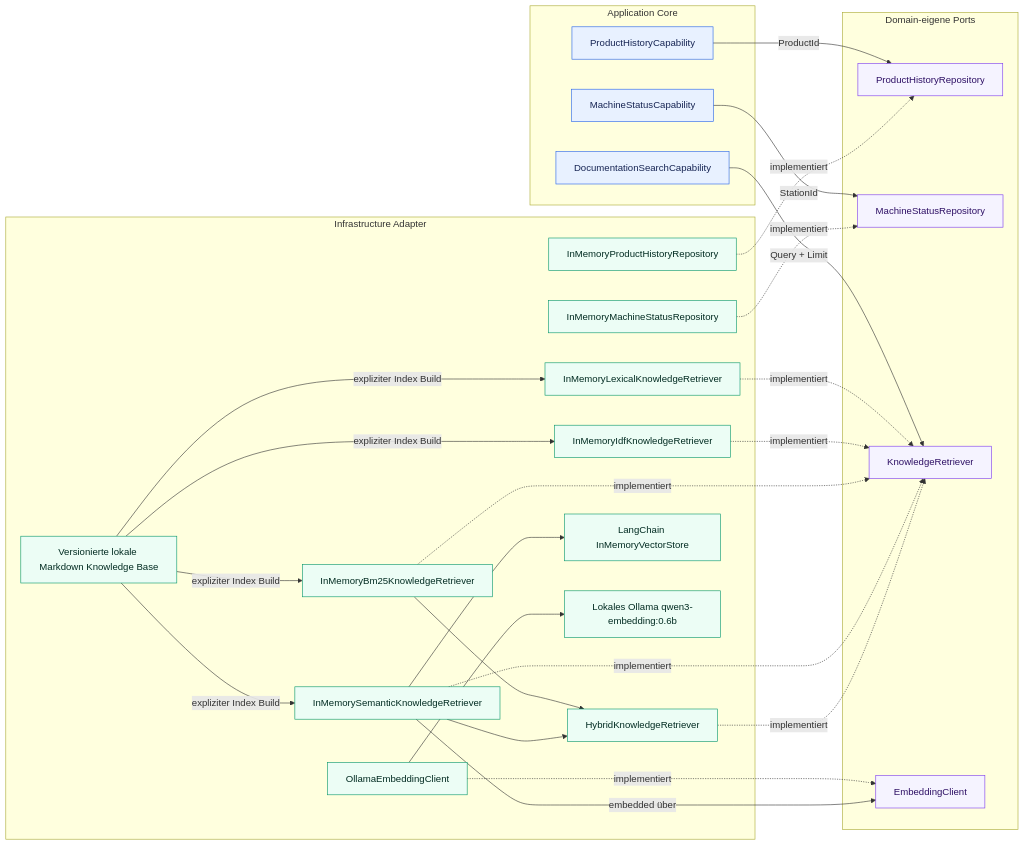
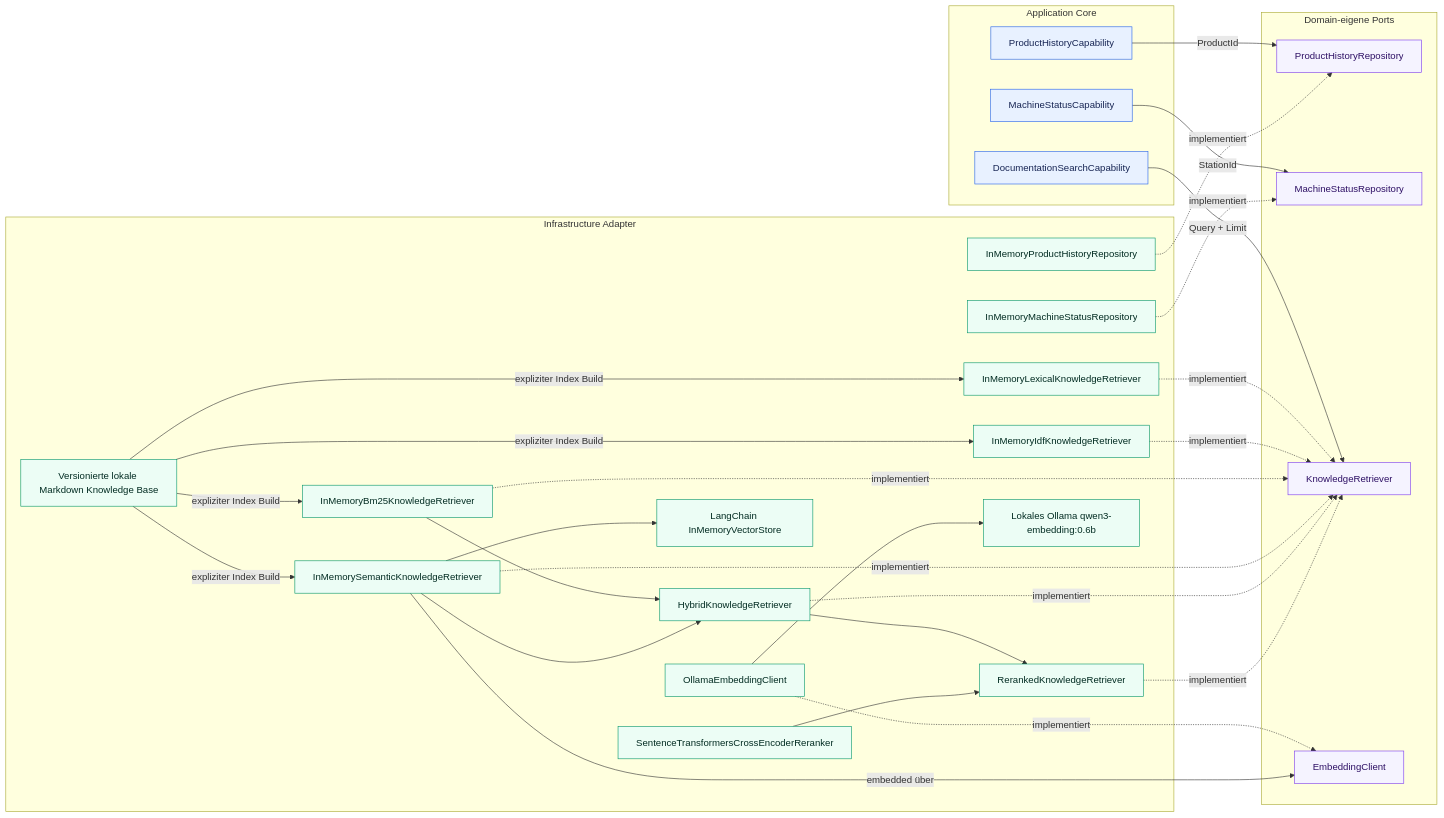
Before and after one commit to aboerzel/industrial-ai-agent: the first of 11 diagrams in docs/architecture/overview.de.md, drawn with Mermaid. The commit also changed other lines of this file and 14 other files, not shown here.

Commit message:
feat: add local cross-encoder reranking

````diff
--- a/docs/architecture/overview.de.md
+++ b/docs/architecture/overview.de.md
@@ -25,57 +25,62 @@
 ```mermaid
 flowchart LR
     subgraph Core["Application Core"]
         PHC["ProductHistoryCapability"]
         MSC["MachineStatusCapability"]
         DSC["DocumentationSearchCapability"]
     end
 
     subgraph Ports["Domain-eigene Ports"]
         PHR["ProductHistoryRepository"]
         MSR["MachineStatusRepository"]
         KR["KnowledgeRetriever"]
         EP["EmbeddingClient"]
     end
 
     subgraph Infrastructure["Infrastructure Adapter"]
         PHM["InMemoryProductHistoryRepository"]
         MSM["InMemoryMachineStatusRepository"]
         LKR["InMemoryLexicalKnowledgeRetriever"]
         IDF["InMemoryIdfKnowledgeRetriever"]
         BM25["InMemoryBm25KnowledgeRetriever"]
         SEM["InMemorySemanticKnowledgeRetriever"]
         HYB["HybridKnowledgeRetriever"]
+        RER["RerankedKnowledgeRetriever"]
+        CEP["SentenceTransformersCrossEncoderReranker"]
         OEC["OllamaEmbeddingClient"]
         VEC["LangChain InMemoryVectorStore"]
         KB["Versionierte lokale Markdown Knowledge Base"]
         OLLAMA["Lokales Ollama qwen3-embedding:0.6b"]
     end
 
     PHC -->|"ProductId"| PHR
     MSC -->|"StationId"| MSR
     DSC -->|"Query + Limit"| KR
     PHM -.->|"implementiert"| PHR
     MSM -.->|"implementiert"| MSR
     LKR -.->|"implementiert"| KR
     IDF -.->|"implementiert"| KR
     BM25 -.->|"implementiert"| KR
     SEM -.->|"implementiert"| KR
     HYB -.->|"implementiert"| KR
+    RER -.->|"implementiert"| KR
     OEC -.->|"implementiert"| EP
     KB -->|"expliziter Index Build"| LKR
     KB -->|"expliziter Index Build"| IDF
     KB -->|"expliziter Index Build"| BM25
     KB -->|"expliziter Index Build"| SEM
     BM25 --> HYB
     SEM --> HYB
+    HYB --> RER
+    CEP --> RER
     SEM -->|"embedded über"| EP
     SEM --> VEC
     OEC --> OLLAMA
 
     classDef core fill:#e8f1ff,stroke:#2563eb,color:#172554
     classDef port fill:#f5f3ff,stroke:#7c3aed,color:#2e1065
     classDef adapter fill:#ecfdf5,stroke:#059669,color:#022c22
     class PHC,MSC,DSC core
     class PHR,MSR,KR,EP port
-    class PHM,MSM,LKR,IDF,BM25,SEM,HYB,OEC,VEC,KB,OLLAMA adapter
+    class PHM,MSM,LKR,IDF,BM25,SEM,HYB,RER,CEP,OEC,VEC,KB,OLLAMA adapter
 ```
````
